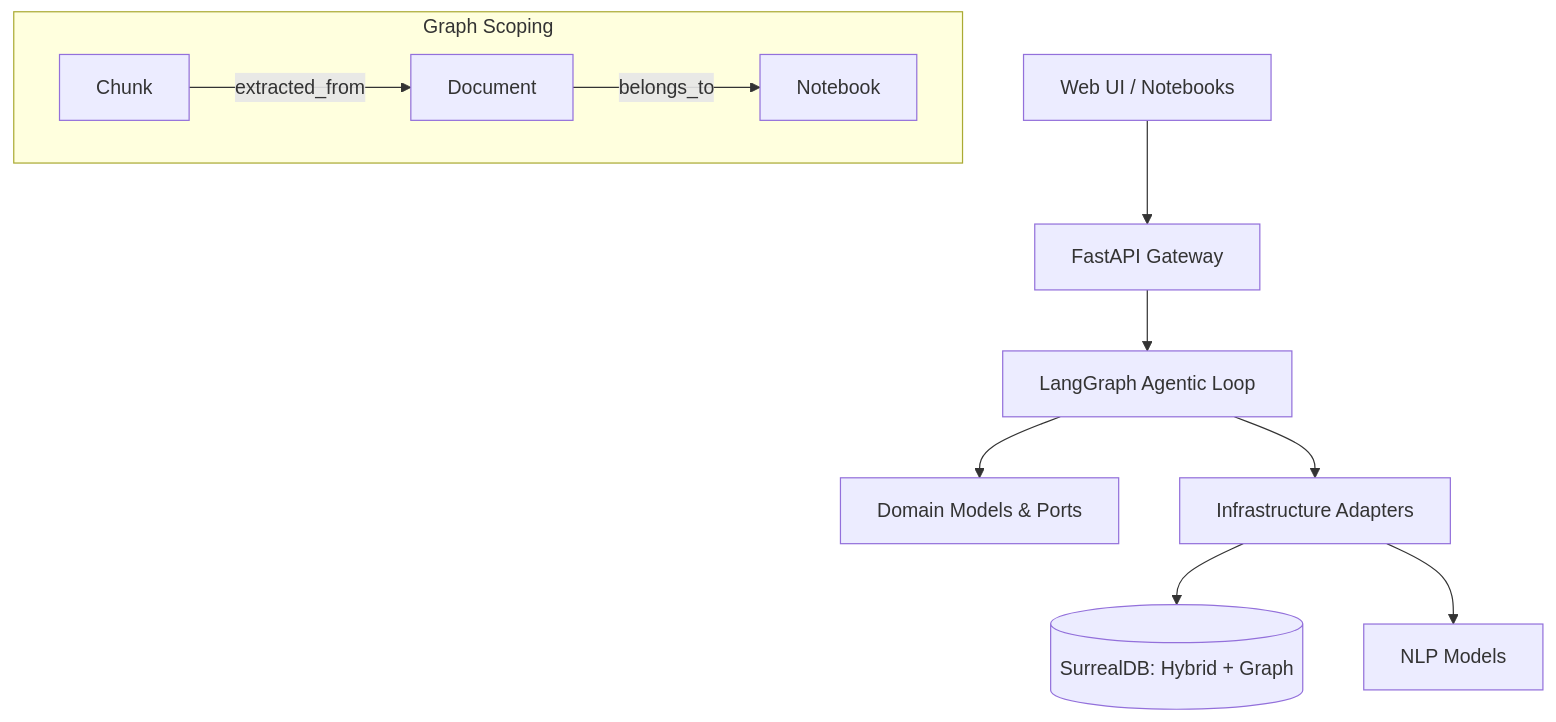
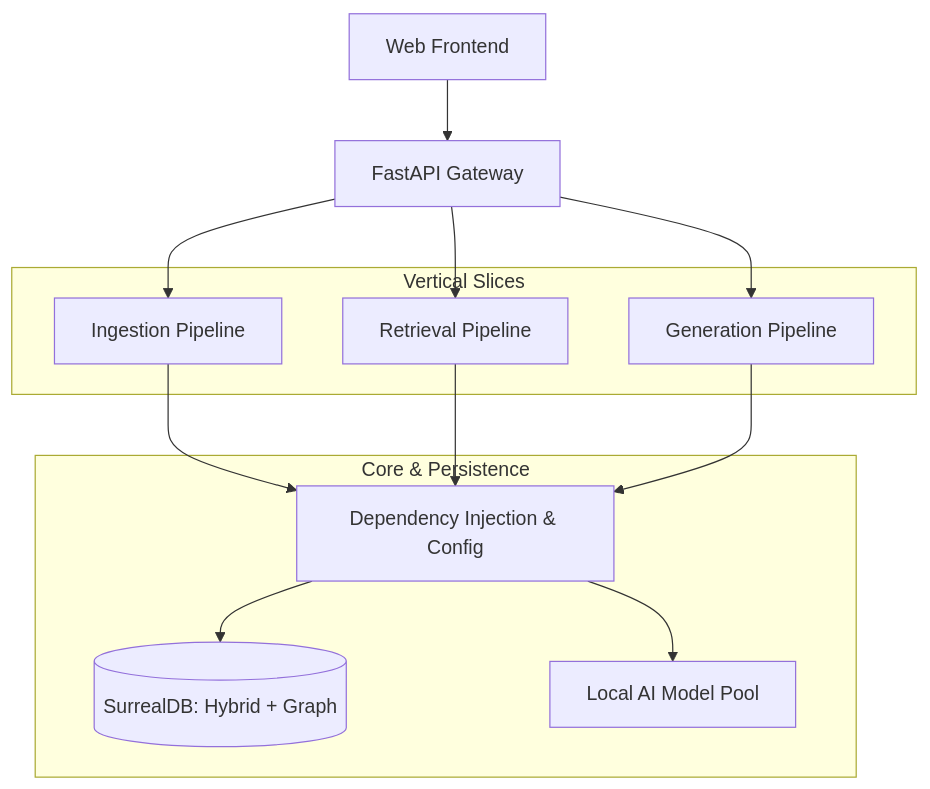
One commit to foersben/CodaCite changed the diagram in docs/architecture.md. Above: the diagram before and after it, drawn with Mermaid. The commit also changed other lines of this file and 171 other files, not shown here.

````diff
--- a/docs/architecture.md
+++ b/docs/architecture.md
@@ -67,22 +33,29 @@
 ```mermaid
 graph TD
-    UI[Web UI / Notebooks]
+    UI[Web Frontend]
     API[FastAPI Gateway]
-    APP[LangGraph Agentic Loop]
-    DOMAIN[Domain Models & Ports]
-    INFRA[Infrastructure Adapters]
-    DB[(SurrealDB: Hybrid + Graph)]
-    MODELS[NLP Models]
+
+    subgraph "Vertical Slices"
+        INGEST[Ingestion Pipeline]
+        RETR[Retrieval Pipeline]
+        GEN[Generation Pipeline]
+    end
+
+    subgraph "Core & Persistence"
+        CORE[Dependency Injection & Config]
+        DB[(SurrealDB: Hybrid + Graph)]
+        MODELS[Local AI Model Pool]
+    end
 
     UI --> API
-    API --> APP
-    APP --> DOMAIN
-    APP --> INFRA
-    INFRA --> DB
-    INFRA --> MODELS
+    API --> INGEST
+    API --> RETR
+    API --> GEN
 
-    subgraph "Graph Scoping"
-        DOC[Document] -- belongs_to --> NB[Notebook]
-        CH[Chunk] -- extracted_from --> DOC
-    end
+    INGEST --> CORE
+    RETR --> CORE
+    GEN --> CORE
+
+    CORE --> DB
+    CORE --> MODELS
 ```
````
